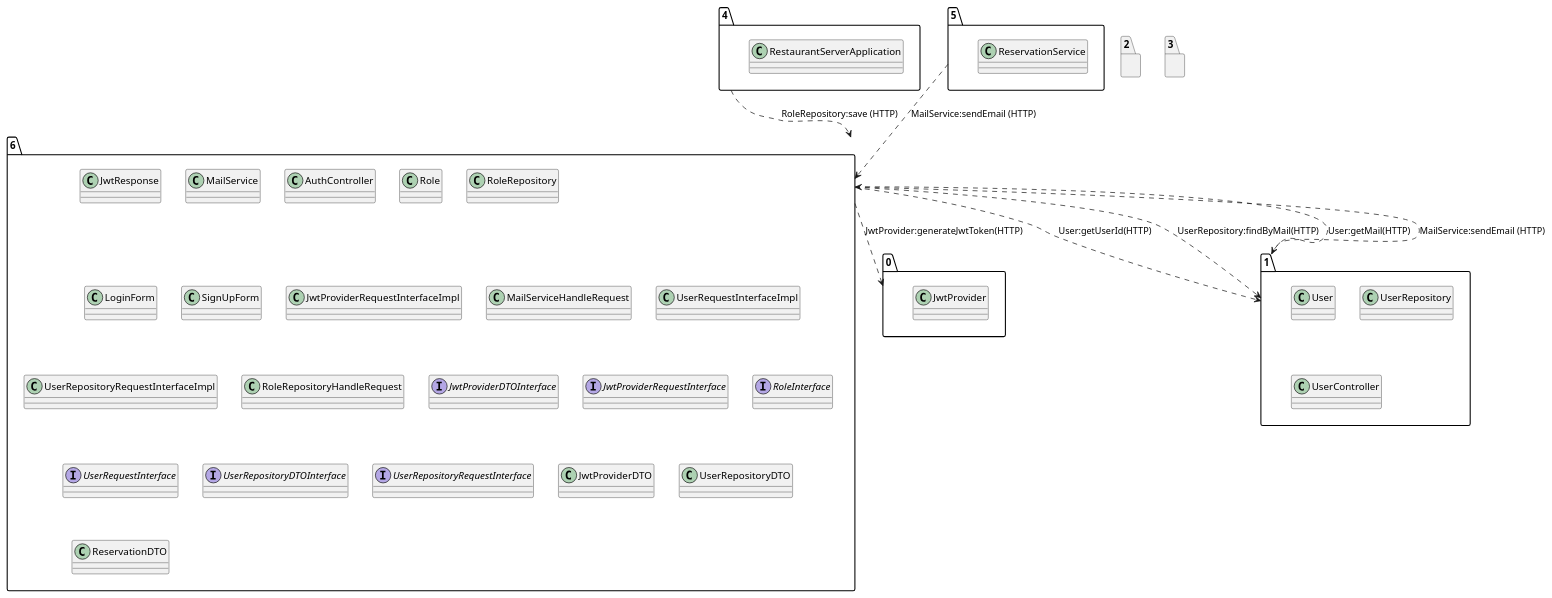
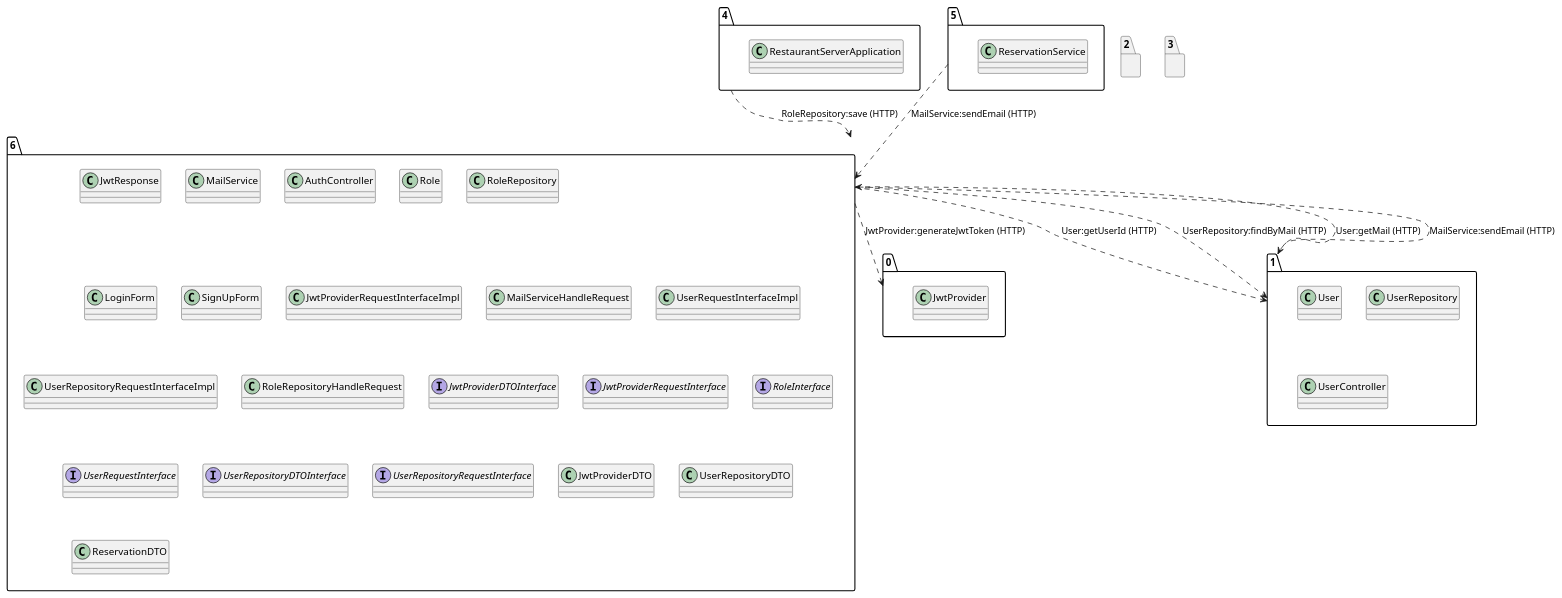
One commit to SoftwareForHumans/MicroOnion changed the diagram in visualization_tool/backend/files/restaurantServer/umls/states/service6_final_state.puml. Above: the diagram before and after it, drawn with PlantUML. The commit also changed 154 other files, not shown here.

Commit message:
Generating restaurant server refactoring schemas

```diff
--- a/visualization_tool/backend/files/restaurantServer/umls/states/service6_final_state.puml
+++ b/visualization_tool/backend/files/restaurantServer/umls/states/service6_final_state.puml
@@ -1,51 +1,51 @@
 @startuml
 package "6"{
 class JwtResponse
 class MailService
 class AuthController
 class Role
 class RoleRepository
 class LoginForm
 class SignUpForm
 class JwtProviderRequestInterfaceImpl
 class MailServiceHandleRequest
 class UserRequestInterfaceImpl
 class UserRepositoryRequestInterfaceImpl
 class RoleRepositoryHandleRequest
 interface JwtProviderDTOInterface
 interface JwtProviderRequestInterface
 interface RoleInterface
 interface UserRequestInterface
 interface UserRepositoryDTOInterface
 interface UserRepositoryRequestInterface
 class JwtProviderDTO
 class UserRepositoryDTO
 class ReservationDTO
 }
 package "0"{
 class JwtProvider
 }
 package "1"{
 class User
 class UserRepository
 class User
 class UserController
 }
 package "2"{
 }
 package "3"{
 }
 package "4"{
 class RestaurantServerApplication
 }
 package "5"{
 class ReservationService
 }
-"6"..>"0":JwtProvider:generateJwtToken(HTTP)
-"6"..>"1":User:getUserId(HTTP)
-"6"..>"1":UserRepository:findByMail(HTTP)
-"6"..>"1":User:getMail(HTTP)
+"6"..>"0":JwtProvider:generateJwtToken (HTTP)
+"6"..>"1":User:getUserId (HTTP)
+"6"..>"1":UserRepository:findByMail (HTTP)
+"6"..>"1":User:getMail (HTTP)
 "1"..>"6":MailService:sendEmail (HTTP)
 "4"..>"6":RoleRepository:save (HTTP)
 "5"..>"6":MailService:sendEmail (HTTP)
 @enduml
```
